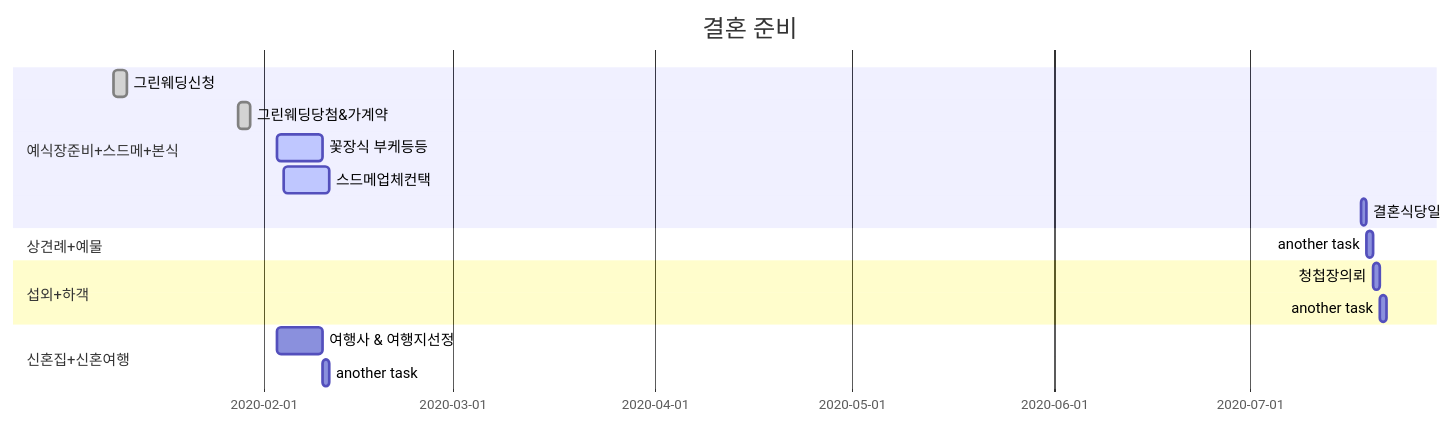
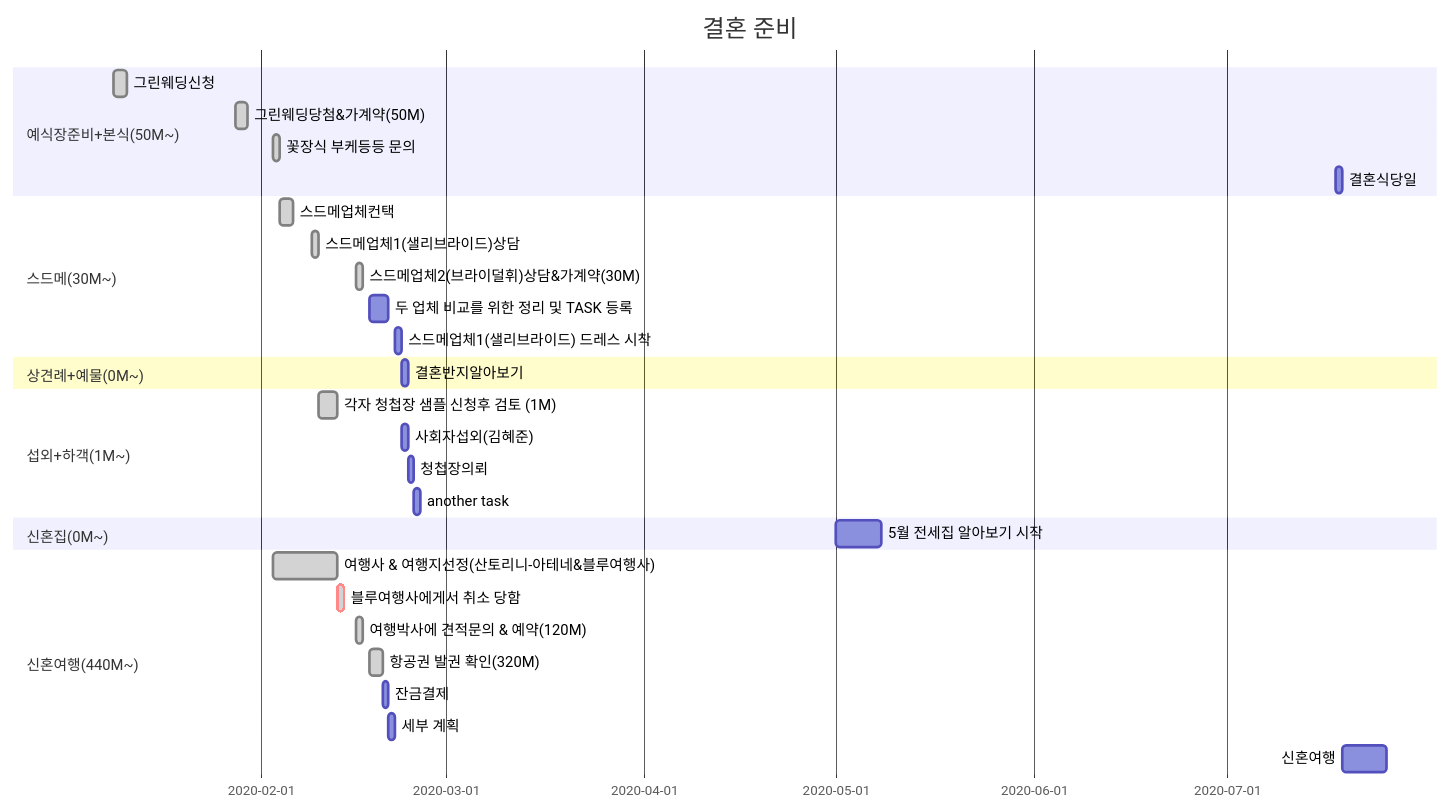
One commit to rino0601/hjk52knk changed the diagram in grantt.mmd. Above: the diagram before and after it, drawn with Mermaid. The commit also changed 7 other files, not shown here.

```diff
--- a/grantt.mmd
+++ b/grantt.mmd
@@ -1,21 +1,37 @@
 gantt
 	title 결혼 준비
 	dateFormat  YYYY-MM-DD
 
-	section 예식장준비+스드메+본식
+	section 예식장준비+본식(50M~)
     그린웨딩신청: done, 2020-01-09, 2d
-    그린웨딩당첨&가계약: done, 2020-01-28, 2d
-    꽃장식 부케등등: active, 2020-02-03, 7d
-    스드메업체컨택: active, 2020-02-04, 7d
+    그린웨딩당첨&가계약(50M): done, 2020-01-28, 2d
+    꽃장식 부케등등 문의: done, 2020-02-03, 1d
     결혼식당일: dday, 2020-07-18  , 1d
+  section 스드메(30M~)
+    스드메업체컨택: done, 2020-02-04, 2d
+    스드메업체1(샐리브라이드)상담: done, 2020-02-09, 1d
+    스드메업체2(브라이덜휘)상담&가계약(30M): done, 2020-02-16, 1d
+    두 업체 비교를 위한 정리 및 TASK 등록: 2020-02-18, 2020-02-21
+    스드메업체1(샐리브라이드) 드레스 시착: 2020-02-22, 1d
 
-  section 상견례+예물
-    another task             :1d
+  section 상견례+예물(0M~)
+    결혼반지알아보기: 1d
 
-  section 섭외+하객
+  section 섭외+하객(1M~)
+    각자 청첩장 샘플 신청후 검토 (1M): done, 2020-02-10, 2020-02-13
+    사회자섭외(김혜준): 2020-02-23, 1d
     청첩장의뢰                :1d
     another task             :1d
 
-  section 신혼집+신혼여행
-    여행사 & 여행지선정: 2020-02-03, 7d
-    another task             :1d
+  section 신혼집(0M~)
+    5월 전세집 알아보기 시작: 2020-05-01, 7d
+
+  section 신혼여행(440M~)
+    여행사 & 여행지선정(산토리니-아테네&블루여행사): done, 2020-02-03, 2020-02-13
+    블루여행사에게서 취소 당함: done, crit, 2020-02-13, 1d
+    여행박사에 견적문의 & 예약(120M): done, 2020-02-16, 2020-02-17
+    항공권 발권 확인(320M): done, 2020-02-18, 2020-02-20
+    잔금결제: 1d
+
+    세부 계획             :1d
+    신혼여행: 2020-07-19, 2020-07-26
```
